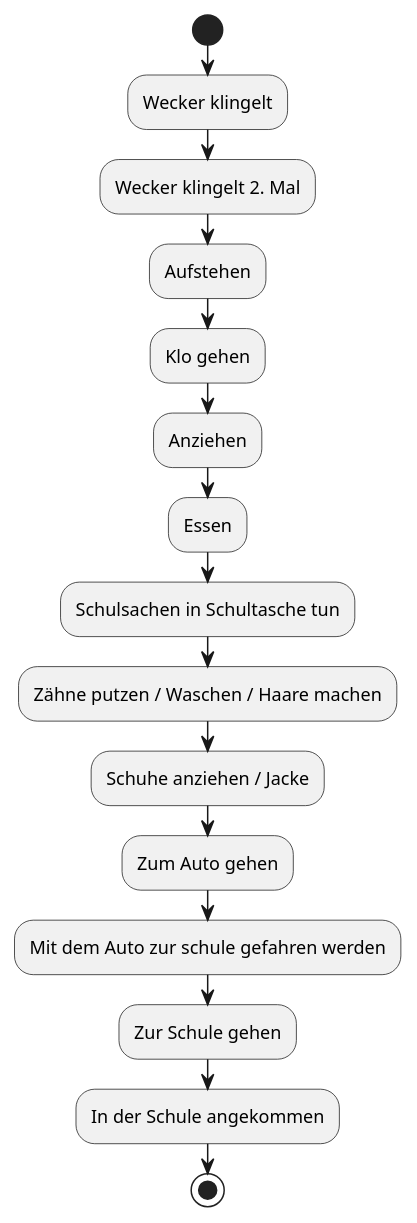
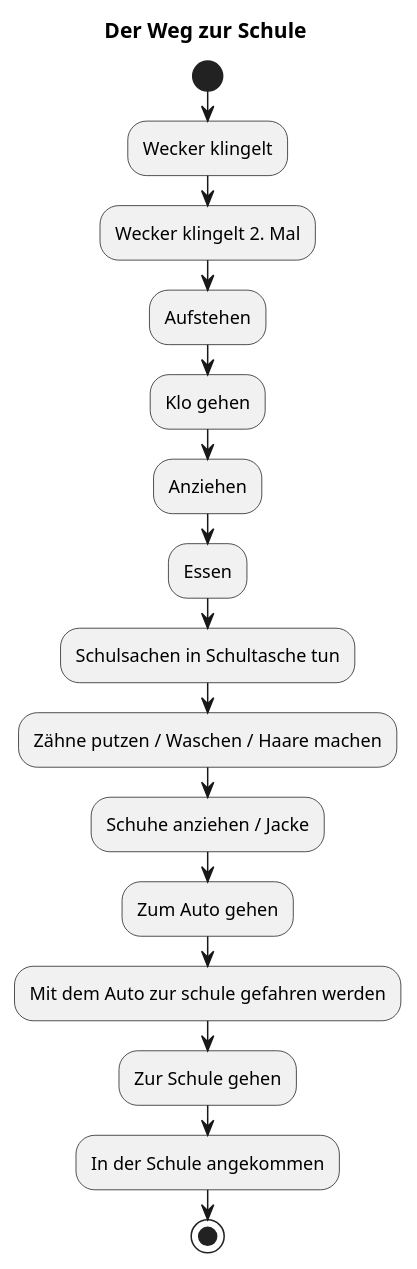
Before and after one commit to htl-leo-itp-25-27-4-5BHITM/Partyhub: the diagram in project/startADay_Viktoria.puml, drawn with PlantUML.

Commit message:
#9 plantUml Der Weg zur schule, title added

```diff
--- a/project/startADay_Viktoria.puml
+++ b/project/startADay_Viktoria.puml
@@ -1,17 +1,18 @@
 @startuml
+title Der Weg zur Schule
 start
 :Wecker klingelt;
 :Wecker klingelt 2. Mal;
 :Aufstehen;
 :Klo gehen;
 :Anziehen;
 :Essen;
 :Schulsachen in Schultasche tun;
 :Zähne putzen / Waschen / Haare machen;
 :Schuhe anziehen / Jacke;
 :Zum Auto gehen;
 :Mit dem Auto zur schule gefahren werden;
 :Zur Schule gehen;
 :In der Schule angekommen;
 stop
 @enduml
```
